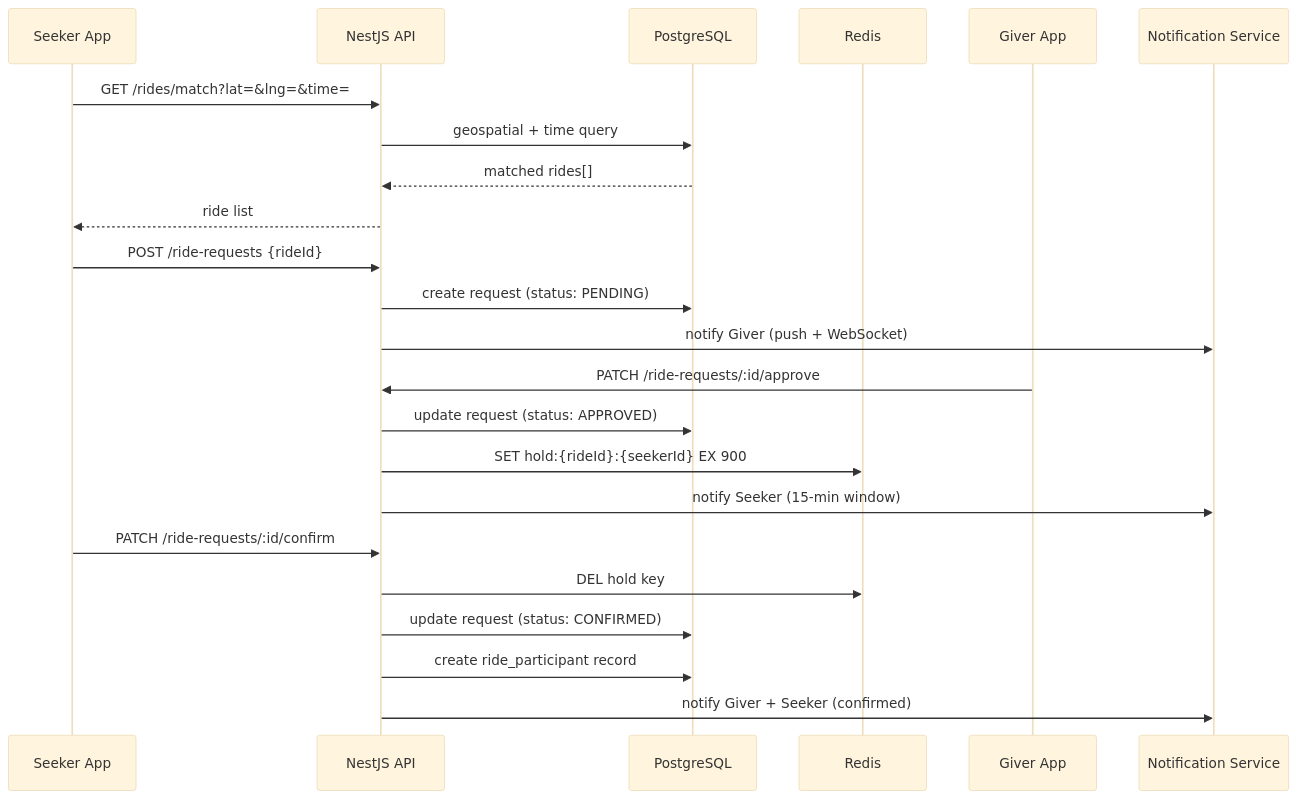
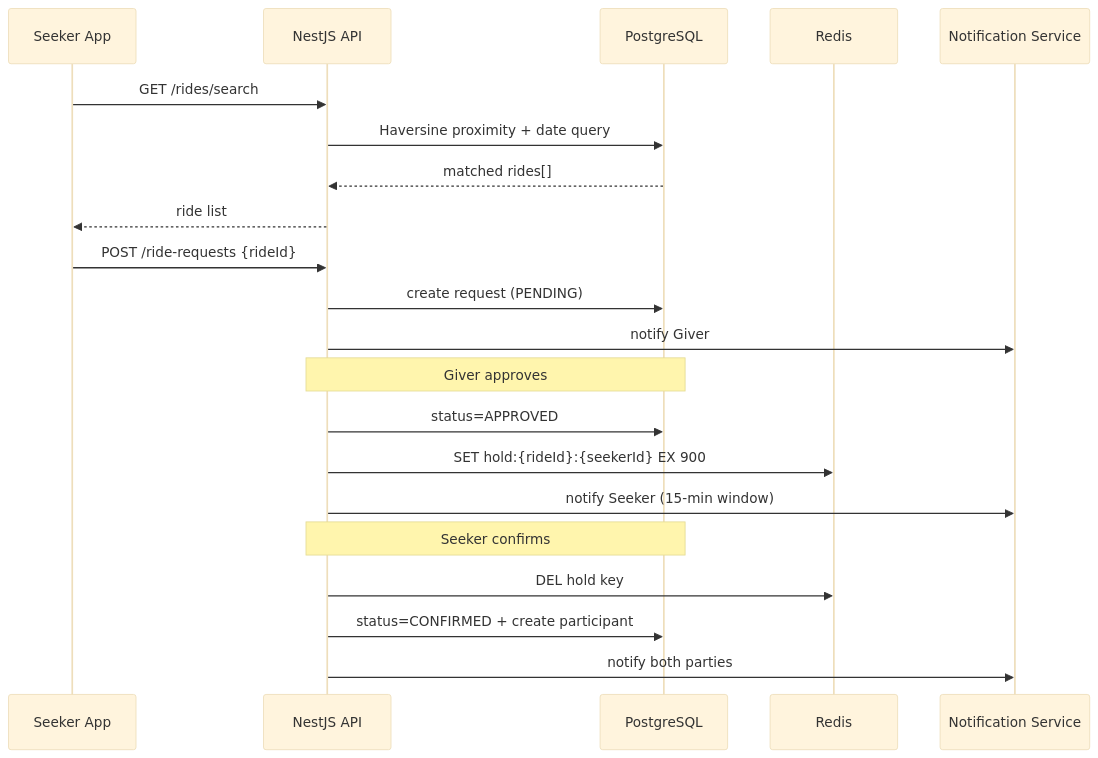
Before and after one commit to snrdigitalmarketingindia-web/techieride-webapp-v2: the third of 3 diagrams in 02-system-architecture/architecture.md, drawn with Mermaid (base theme). The commit also changed other lines of this file and 5 other files, not shown here.

````diff
--- a/02-system-architecture/architecture.md
+++ b/02-system-architecture/architecture.md
@@ -244,29 +236,27 @@
 ```mermaid
 sequenceDiagram
     participant S as Seeker App
     participant API as NestJS API
     participant DB as PostgreSQL
     participant R as Redis
-    participant G as Giver App
     participant N as Notification Service
 
-    S->>API: GET /rides/match?lat=&lng=&time=
-    API->>DB: geospatial + time query
+    S->>API: GET /rides/search
+    API->>DB: Haversine proximity + date query
     DB-->>API: matched rides[]
     API-->>S: ride list
 
     S->>API: POST /ride-requests {rideId}
-    API->>DB: create request (status: PENDING)
-    API->>N: notify Giver (push + WebSocket)
+    API->>DB: create request (PENDING)
+    API->>N: notify Giver
 
-    G->>API: PATCH /ride-requests/:id/approve
-    API->>DB: update request (status: APPROVED)
+    Note over API,DB: Giver approves
+    API->>DB: status=APPROVED
     API->>R: SET hold:{rideId}:{seekerId} EX 900
     API->>N: notify Seeker (15-min window)
 
-    S->>API: PATCH /ride-requests/:id/confirm
+    Note over API,DB: Seeker confirms
     API->>R: DEL hold key
-    API->>DB: update request (status: CONFIRMED)
-    API->>DB: create ride_participant record
-    API->>N: notify Giver + Seeker (confirmed)
+    API->>DB: status=CONFIRMED + create participant
+    API->>N: notify both parties
 ```
````
